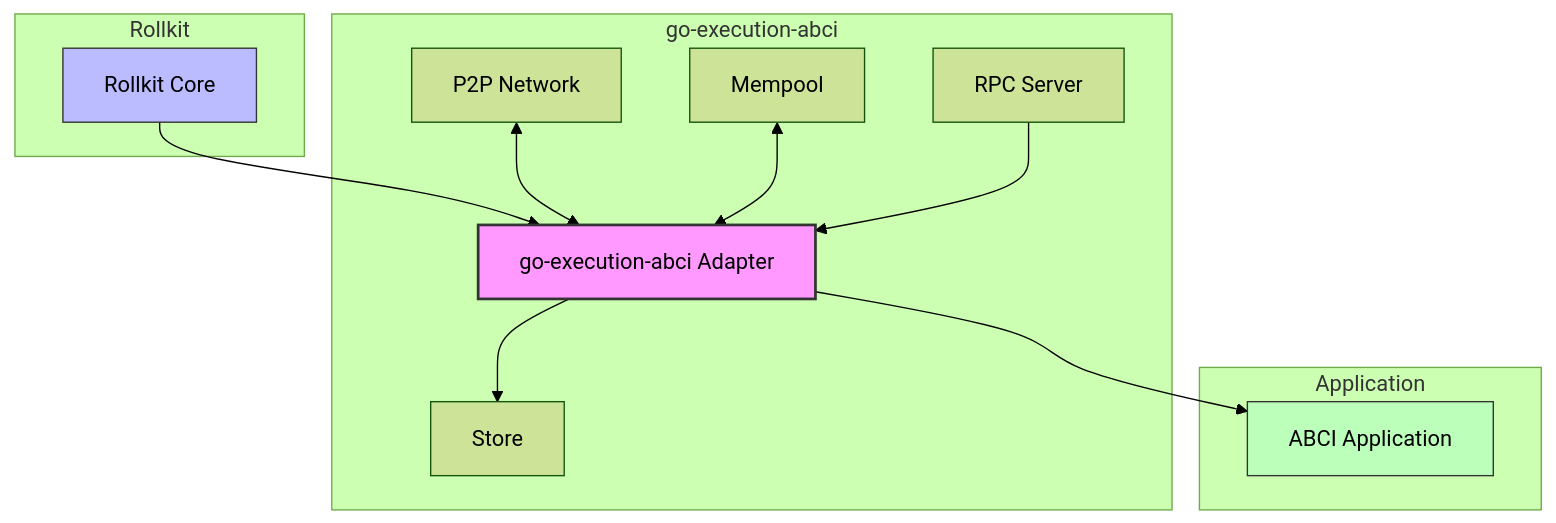
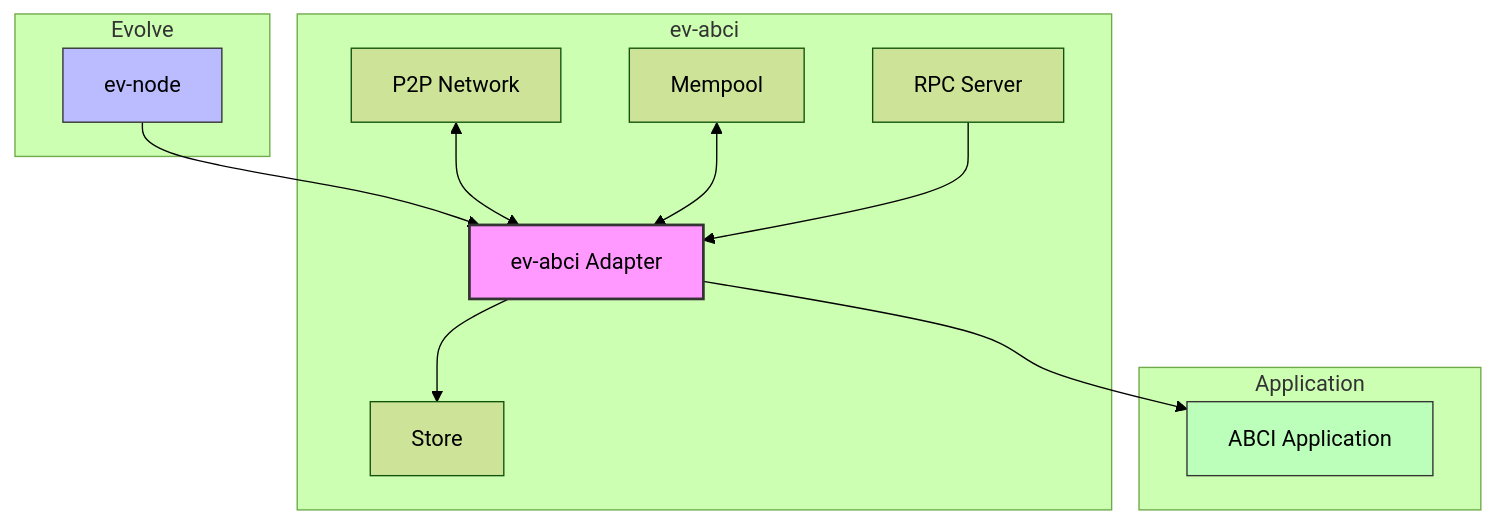
The first of 3 diagrams in README.md (evstack/ev-abci), drawn with Mermaid (forest theme) before and after one commit. The commit also changed other lines of this file and 80 other files, not shown here.

````diff
--- a/README.md
+++ b/README.md
@@ -17,29 +17,29 @@
 ```mermaid
 graph TD
-    A[Rollkit Core] --> B[go-execution-abci Adapter]
+    A[ev-node] --> B[ev-abci Adapter]
     B --> C[ABCI Application]
     D[P2P Network] <--> B
     E[Mempool] <--> B
     F[RPC Server] --> B
     B --> G[Store]
 
-    subgraph "Rollkit"
+    subgraph "Evolve"
     A
     end
 
-    subgraph "go-execution-abci"
+    subgraph "ev-abci"
     B
     D
     E
     F
     G
     end
 
     subgraph "Application"
     C
     end
 
     style B fill:#f9f,stroke:#333,stroke-width:2px
     style A fill:#bbf,stroke:#333,stroke-width:1px
     style C fill:#bfb,stroke:#333,stroke-width:1px
 ```
````
